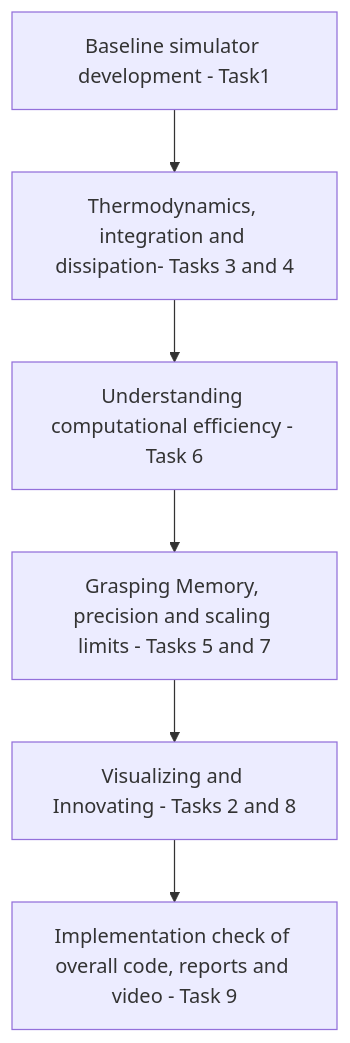
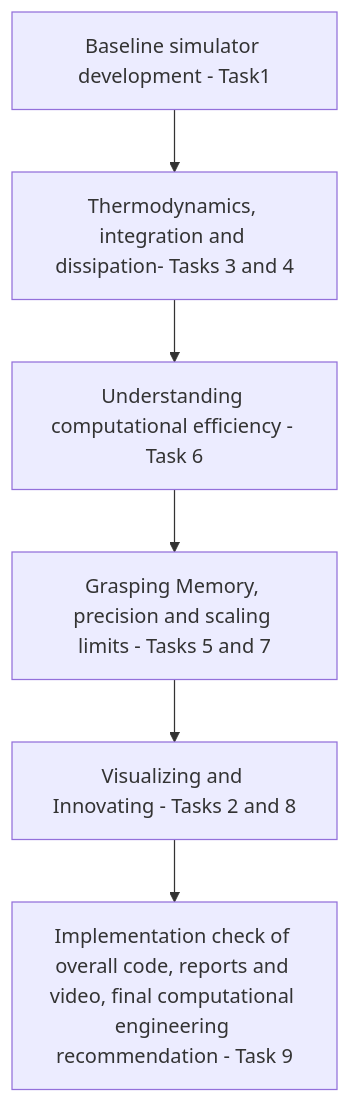
The diagram in README.md (Sridatt-Sathyanarayanan/My_FOSC_Project), drawn with Mermaid before and after one commit. The commit also changed other lines of this file, not shown here.

Commit message:
Revise project flowchart and team member details
Updated team member allocation and added final recommendation to project flowchart.

````diff
--- a/README.md
+++ b/README.md
@@ -7,8 +7,8 @@
 ```mermaid
 graph TD
     A[Baseline simulator development - Task1] --> B[Thermodynamics, integration and dissipation- Tasks 3 and 4]
     B --> C[Understanding computational efficiency - Task 6]
     C --> D[Grasping Memory, precision and scaling limits - Tasks 5 and 7]
     D --> E[Visualizing and Innovating - Tasks 2 and 8]
-    E --> F[Implementation check of overall code, reports and video - Task 9]
+    E --> F[Implementation check of overall code, reports and video, final computational engineering recommendation - Task 9]
 ```
````
